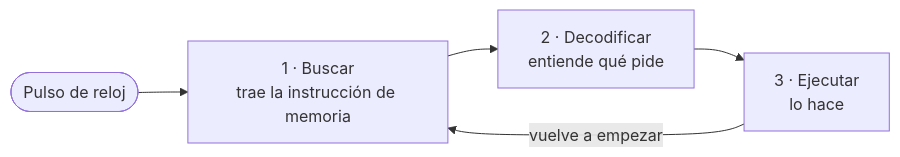
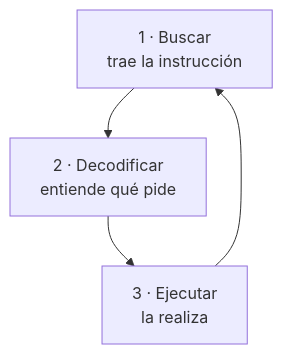
Before and after one commit to AlejandroTatum/sistemas-digitales-unl: the sixth of 12 diagrams in unidad-1/apuntes/01-del-computador-al-microcontrolador.md, drawn with Mermaid. The commit also changed other lines of this file and 16 other files, not shown here.

````diff
--- a/unidad-1/apuntes/01-del-computador-al-microcontrolador.md
+++ b/unidad-1/apuntes/01-del-computador-al-microcontrolador.md
@@ -68,7 +80,6 @@
 ```mermaid
-flowchart LR
-    R(["Pulso de reloj"]) --> B["1 · Buscar<br/>trae la instrucción de memoria"]
-    B --> D["2 · Decodificar<br/>entiende qué pide"]
-    D --> E["3 · Ejecutar<br/>lo hace"]
-    E -->|"vuelve a empezar"| B
+flowchart TD
+    B["1 · Buscar<br/>trae la instrucción"] --> D["2 · Decodificar<br/>entiende qué pide"]
+    D --> E["3 · Ejecutar<br/>la realiza"]
+    E --> B
 ```
````
